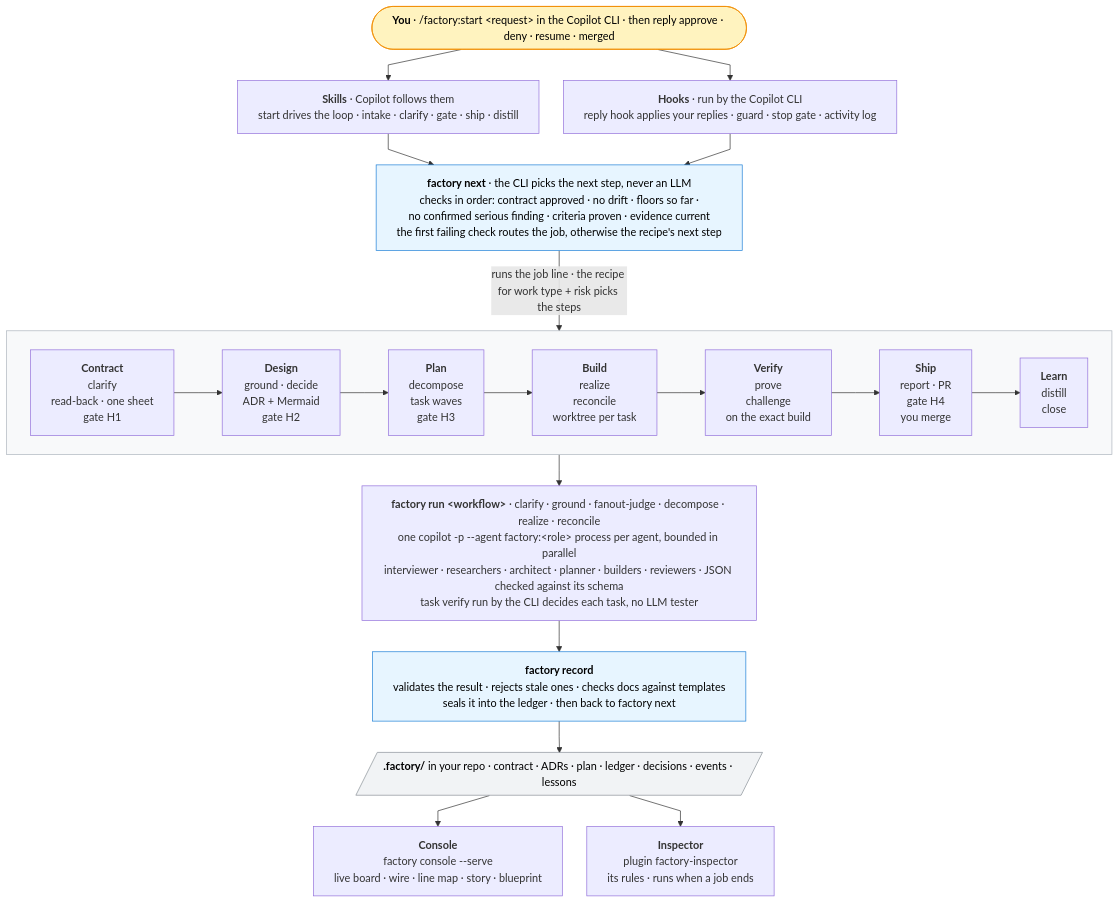
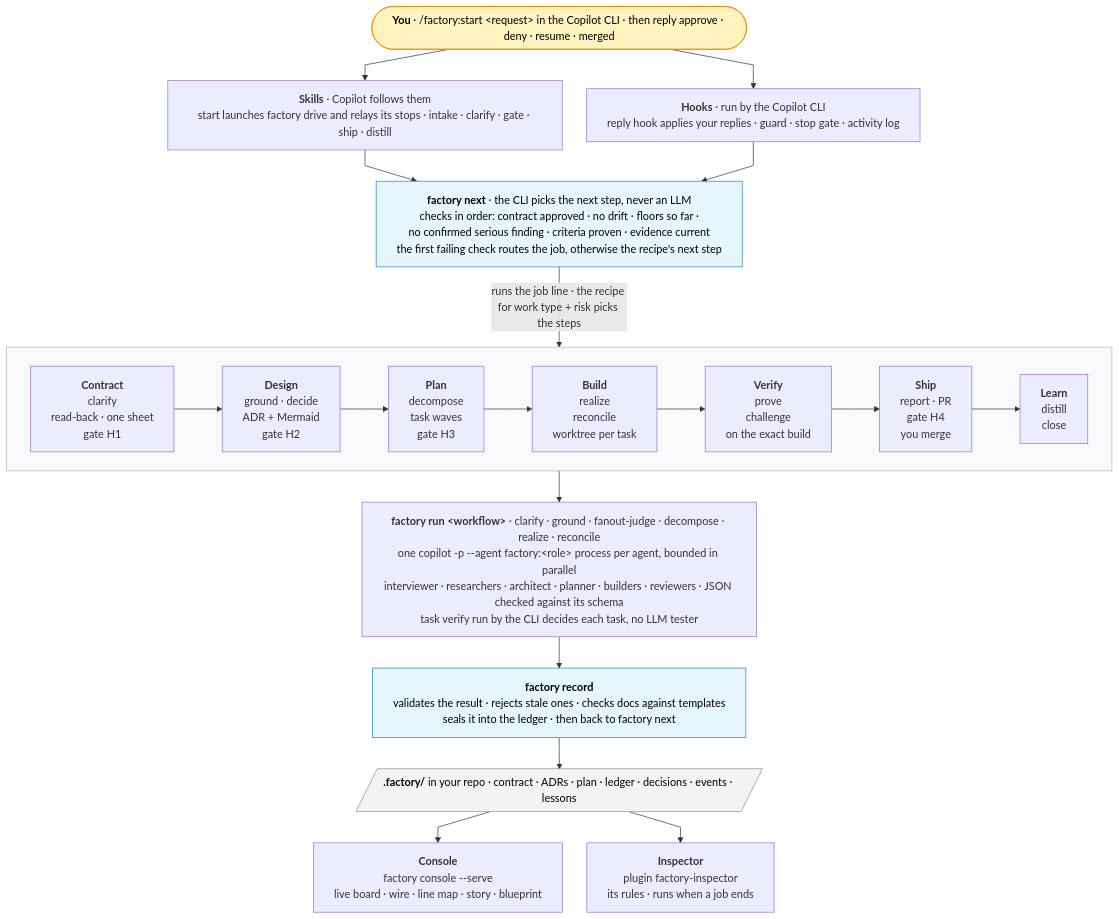
Before and after one commit to reshif/copilot-factory: the diagram in README.md, drawn with Mermaid. The commit also changed other lines of this file and 12 other files, not shown here.

First line of the commit message:
Skills and docs: the start skill launches factory drive and relays its stops; docs/DRIVE.md covers drive, inbox, notifications and recovery

````diff
--- a/README.md
+++ b/README.md
@@ -18,54 +20,54 @@
 ```mermaid
 ---
 config:
   flowchart:
     curve: linear
     nodeSpacing: 36
     rankSpacing: 46
     wrappingWidth: 520
 ---
 flowchart TB
   you(["<b>You</b> · /factory:start &lt;request&gt; in the Copilot CLI · then reply approve · deny · resume · merged"]):::human
 
-  skills["<b>Skills</b> · Copilot follows them<br/>start drives the loop · intake · clarify · gate · ship · distill"]
+  skills["<b>Skills</b> · Copilot follows them<br/>start launches factory drive and relays its stops · intake · clarify · gate · ship · distill"]
   hooks["<b>Hooks</b> · run by the Copilot CLI<br/>reply hook applies your replies · guard · stop gate · activity log"]
 
   router["<b>factory next</b> · the CLI picks the next step, never an LLM<br/>checks in order: contract approved · no drift · floors so far ·<br/>no confirmed serious finding · criteria proven · evidence current<br/>the first failing check routes the job, otherwise the recipe's next step"]:::cli
 
   subgraph line[" "]
     direction LR
     s1["<b>Contract</b><br/>clarify<br/>read-back · one sheet<br/>gate H1"]
     s2["<b>Design</b><br/>ground · decide<br/>ADR + Mermaid<br/>gate H2"]
     s3["<b>Plan</b><br/>decompose<br/>task waves<br/>gate H3"]
     s4["<b>Build</b><br/>realize<br/>reconcile<br/>worktree per task"]
     s5["<b>Verify</b><br/>prove<br/>challenge<br/>on the exact build"]
     s6["<b>Ship</b><br/>report · PR<br/>gate H4<br/>you merge"]
     s7["<b>Learn</b><br/>distill<br/>close"]
     s1 --> s2 --> s3 --> s4 --> s5 --> s6 --> s7
   end
 
   run["<b>factory run &lt;workflow&gt;</b> · clarify · ground · fanout-judge · decompose · realize · reconcile<br/>one copilot -p --agent factory:&lt;role&gt; process per agent, bounded in parallel<br/>interviewer · researchers · architect · planner · builders · reviewers · JSON checked against its schema<br/>task verify run by the CLI decides each task, no LLM tester"]
 
   record["<b>factory record</b><br/>validates the result · rejects stale ones · checks docs against templates<br/>seals it into the ledger · then back to factory next"]:::cli
 
   store[/"<b>.factory/</b> in your repo · contract · ADRs · plan · ledger · decisions · events · lessons"/]:::art
 
   console["<b>Console</b><br/>factory console --serve<br/>live board · wire · line map · story · blueprint"]
   inspector["<b>Inspector</b><br/>plugin factory-inspector<br/>its rules · runs when a job ends"]
 
   you --> skills
   you --> hooks
   skills --> router
   hooks --> router
   router -->|"runs the job line · the recipe for work type + risk picks the steps"| line
   line --> run
   run --> record
   record --> store
   store --> console
   store --> inspector
 
   classDef human fill:#fff3bf,stroke:#f08c00,color:#000
   classDef cli fill:#e7f5ff,stroke:#1c7ed6,color:#000
   classDef art fill:#f1f3f5,stroke:#868e96,color:#000
   style line fill:#f8f9fa,stroke:#adb5bd
 ```
````
